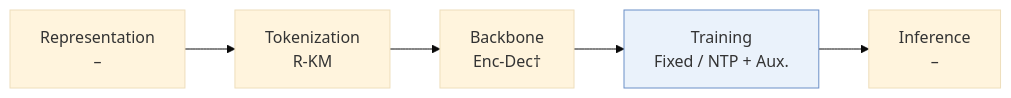
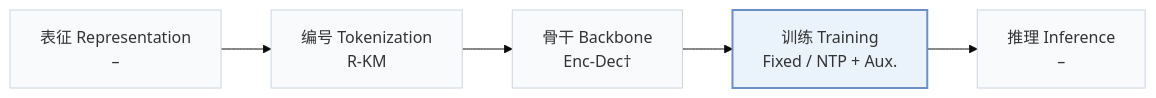
One commit to Galaxy-ghost/Awesome-SID-Generative-Rec changed the first of 2 diagrams in pages/zh/papers/nau.md. Above: the diagram before and after it, drawn with Mermaid (base theme). The commit also changed other lines of this file and 649 other files, not shown here.

Commit message:
writer-05: also tags and modality index (schema, check, build, visuals); summary field removed; calibration data for 12 papers

````diff
--- a/pages/zh/papers/nau.md
+++ b/pages/zh/papers/nau.md
@@ -13,6 +15,8 @@
 ```mermaid
 flowchart LR
-    R["Representation<br/>–"] --> T["Tokenization<br/>R-KM"] --> B["Backbone<br/>Enc-Dec†"] --> TR["Training<br/>Fixed / NTP + Aux."] --> I["Inference<br/>–"]
-    classDef main fill:#eaf2fb,stroke:#6b8fc7
+    R["表征 Representation<br/>–"] --> T["编号 Tokenization<br/>R-KM"] --> B["骨干 Backbone<br/>Enc-Dec†"] --> TR["训练 Training<br/>Fixed / NTP + Aux."] --> I["推理 Inference<br/>–"]
+    classDef base fill:#f8fafc,stroke:#cbd5e1
+    class R,T,B,TR,I base
+    classDef main fill:#eaf2fb,stroke:#6b8fc7,stroke-width:2px
     class TR main
 ```
````
